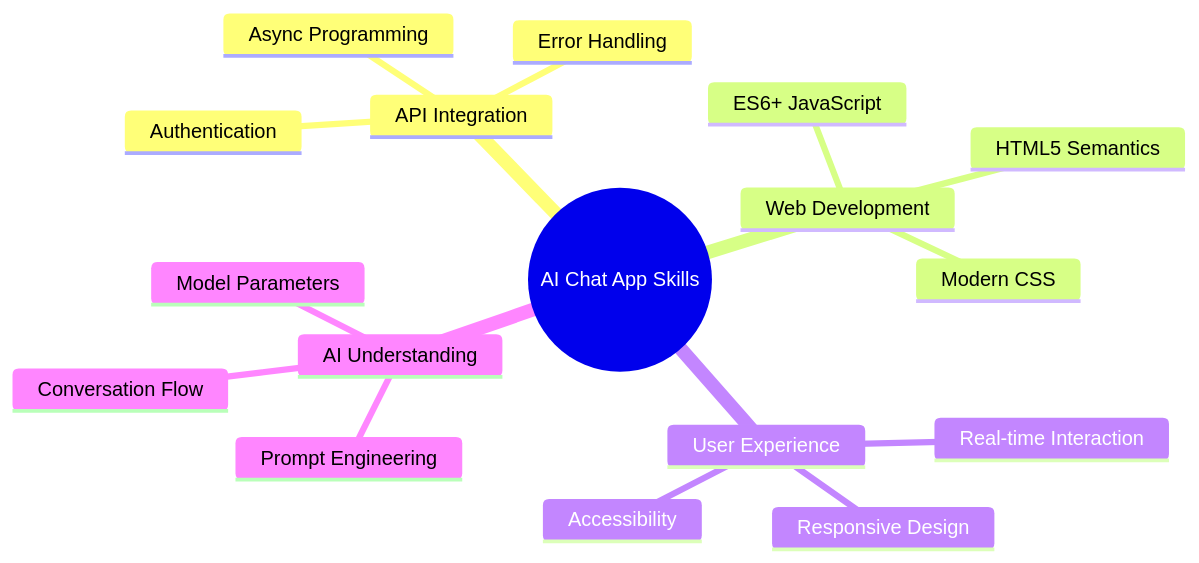
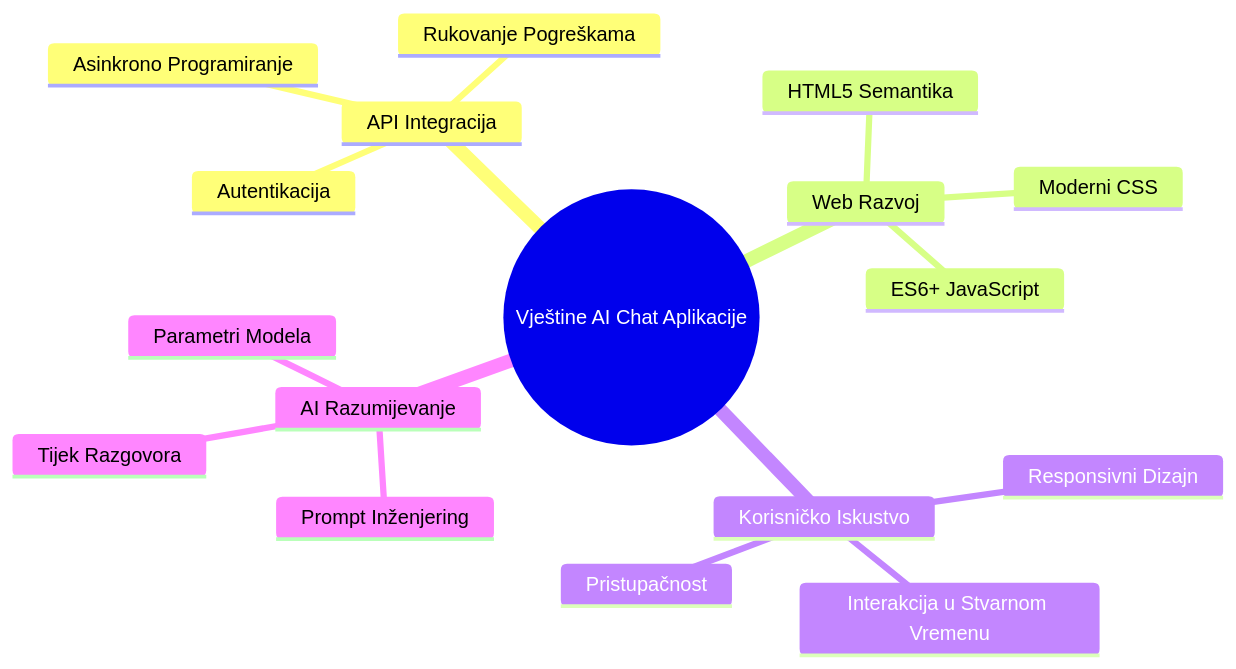
Before and after one commit to microsoft/Web-Dev-For-Beginners: diagram 14 of 14 in translations/hr/9-chat-project/README.md, drawn with Mermaid. The commit also changed other lines of this file and 41 other files, not shown here.

````diff
--- a/translations/hr/9-chat-project/README.md
+++ b/translations/hr/9-chat-project/README.md
@@ -1706,20 +2298,20 @@
 ```mermaid
 mindmap
-  root((AI Chat App Skills))
-    API Integration
-      Authentication
-      Error Handling
-      Async Programming
-    Web Development
-      HTML5 Semantics
-      Modern CSS
+  root((Vještine AI Chat Aplikacije))
+    API Integracija
+      Autentikacija
+      Rukovanje Pogreškama
+      Asinkrono Programiranje
+    Web Razvoj
+      HTML5 Semantika
+      Moderni CSS
       ES6+ JavaScript
-    User Experience
-      Responsive Design
-      Accessibility
-      Real-time Interaction
-    AI Understanding
-      Prompt Engineering
-      Model Parameters
-      Conversation Flow
+    Korisničko Iskustvo
+      Responsivni Dizajn
+      Pristupačnost
+      Interakcija u Stvarnom Vremenu
+    AI Razumijevanje
+      Prompt Inženjering
+      Parametri Modela
+      Tijek Razgovora
 ```
````
